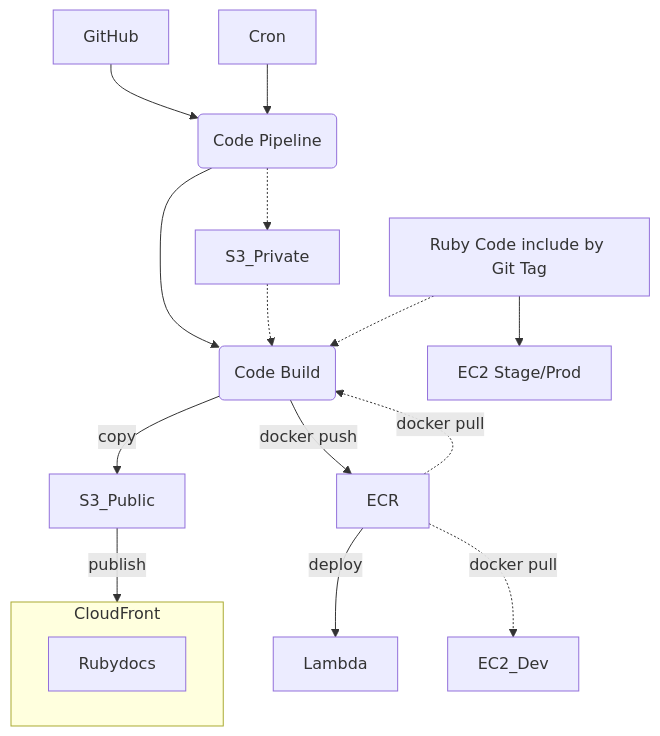
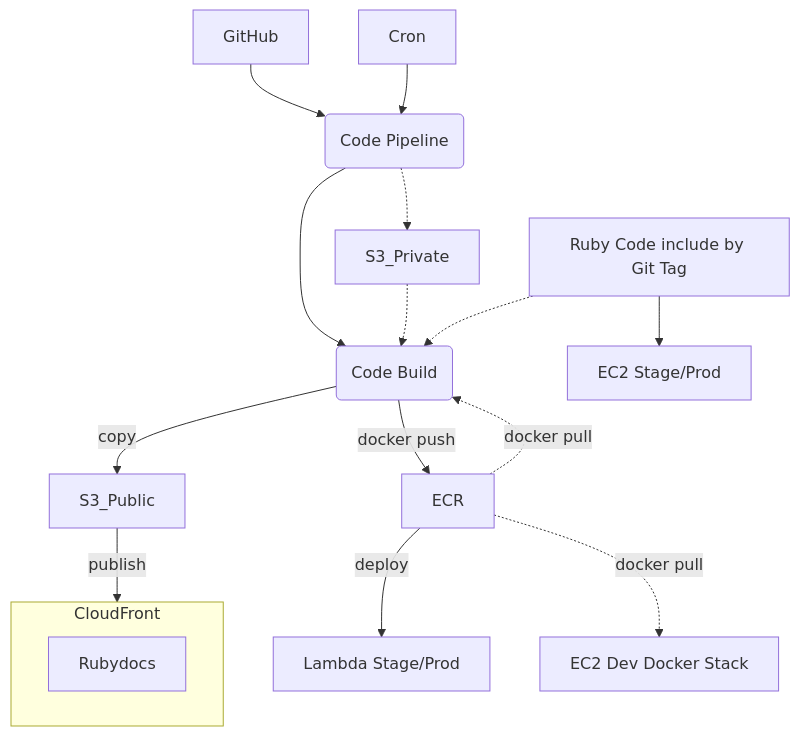
The second of 6 diagrams in design/aws-build/README.md (CDLUC3/mrt-doc), drawn with Mermaid before and after one commit. The commit also changed other lines of this file, not shown here.

````diff
--- a/design/aws-build/README.md
+++ b/design/aws-build/README.md
@@ -44,26 +45,28 @@
 ```mermaid
 graph TD
   GitHub --> Pipeline
   Cron --> Pipeline
   Pipeline(Code Pipeline)
   Pipeline --> Build
   Build(Code Build)
   S3_Private
   S3_Public
   Build --> |copy| S3_Public
   S3_Public --> |publish| CloudFront
   Build --> |docker push| ECR
   Pipeline -.-> S3_Private
   S3_Private -.-> Build
   ECR
   ECR --> |deploy| Lambda
   ECR -.-> |docker pull| EC2_Dev
   ECR -.-> |docker pull| Build
   EC2[EC2 Stage/Prod]
+  EC2_Dev[EC2 Dev Docker Stack]
+  Lambda[Lambda Stage/Prod]
   Gems[Ruby Code include by Git Tag]
   Gems -.-> Build
   Gems --> EC2
   subgraph CloudFront
     Rubydocs
   end
 ```
````
